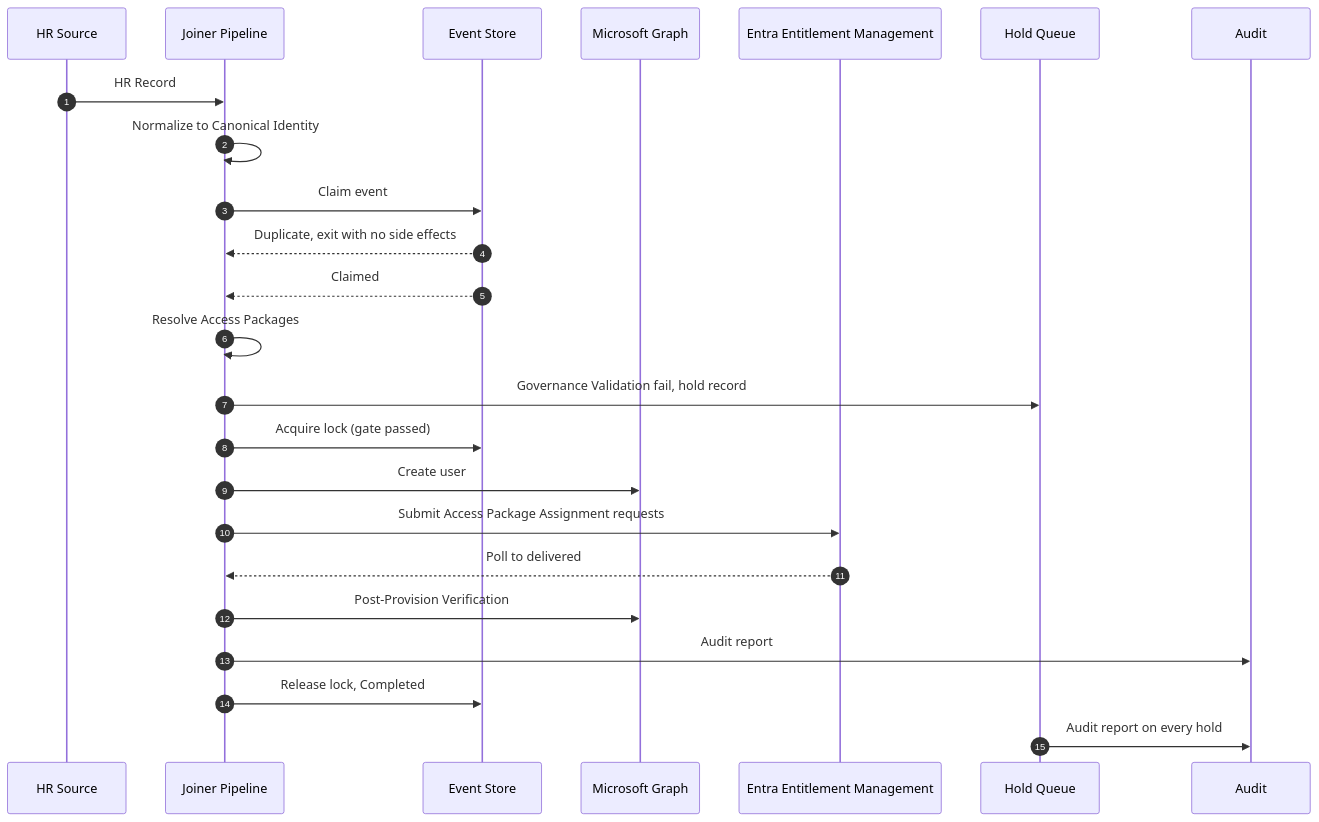
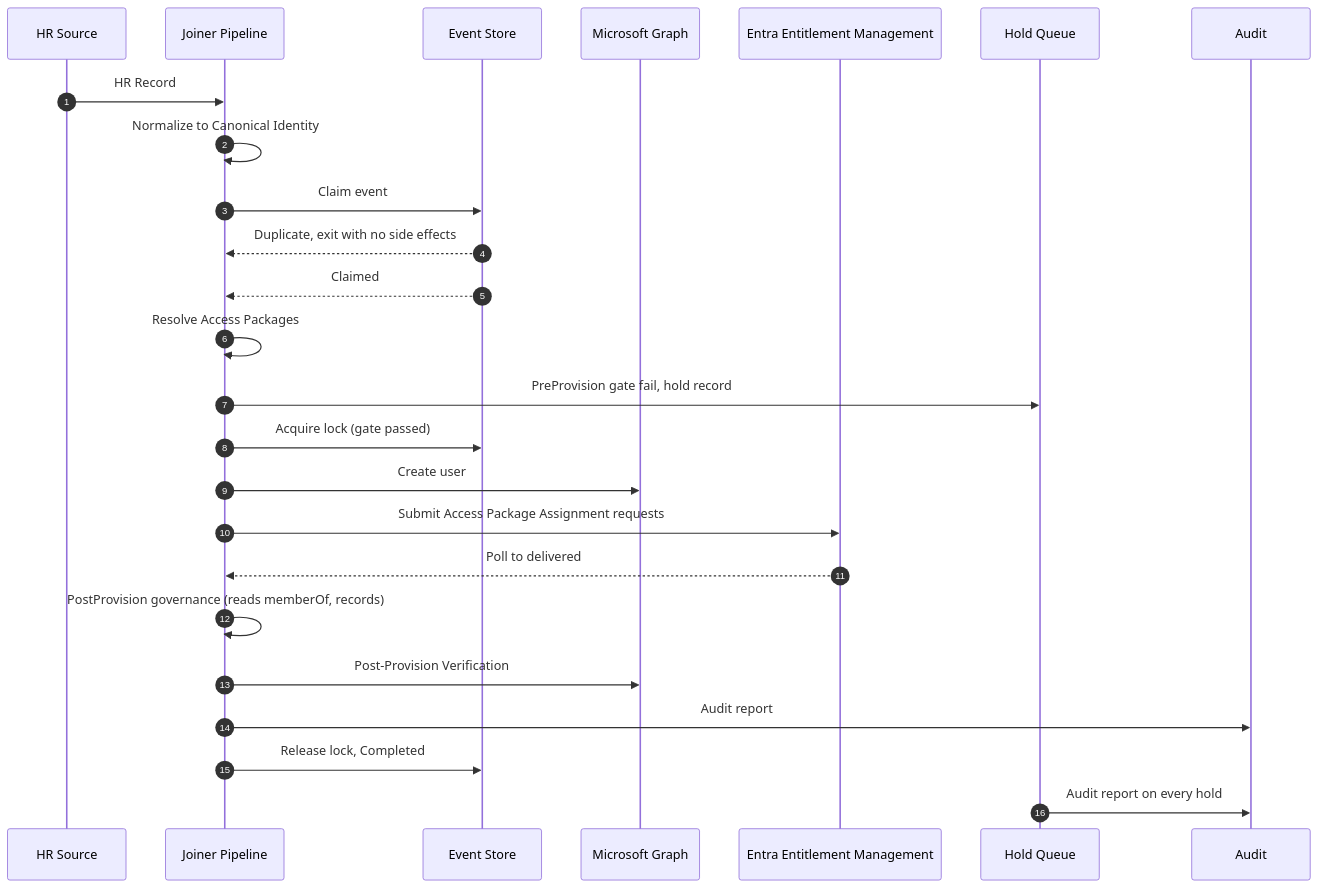
The second of 9 diagrams in Architecture.md (donhenzo/JML-EnigneV2), drawn with Mermaid before and after one commit. The commit also changed other lines of this file and 6 other files, not shown here.

````diff
--- a/Architecture.md
+++ b/Architecture.md
@@ -137,27 +139,28 @@
 ```mermaid
 sequenceDiagram
     autonumber
     participant HR as HR Source
     participant J as Joiner Pipeline
     participant ES as Event Store
     participant G as Microsoft Graph
     participant EM as Entra Entitlement Management
     participant H as Hold Queue
     participant A as Audit
 
     HR->>J: HR Record
     J->>J: Normalize to Canonical Identity
     J->>ES: Claim event
     ES-->>J: Duplicate, exit with no side effects
     ES-->>J: Claimed
     J->>J: Resolve Access Packages
-    J->>H: Governance Validation fail, hold record
+    J->>H: PreProvision gate fail, hold record
     J->>ES: Acquire lock (gate passed)
     J->>G: Create user
     J->>EM: Submit Access Package Assignment requests
     EM-->>J: Poll to delivered
+    J->>J: PostProvision governance (reads memberOf, records)
     J->>G: Post-Provision Verification
     J->>A: Audit report
     J->>ES: Release lock, Completed
     H->>A: Audit report on every hold
 ```
````
